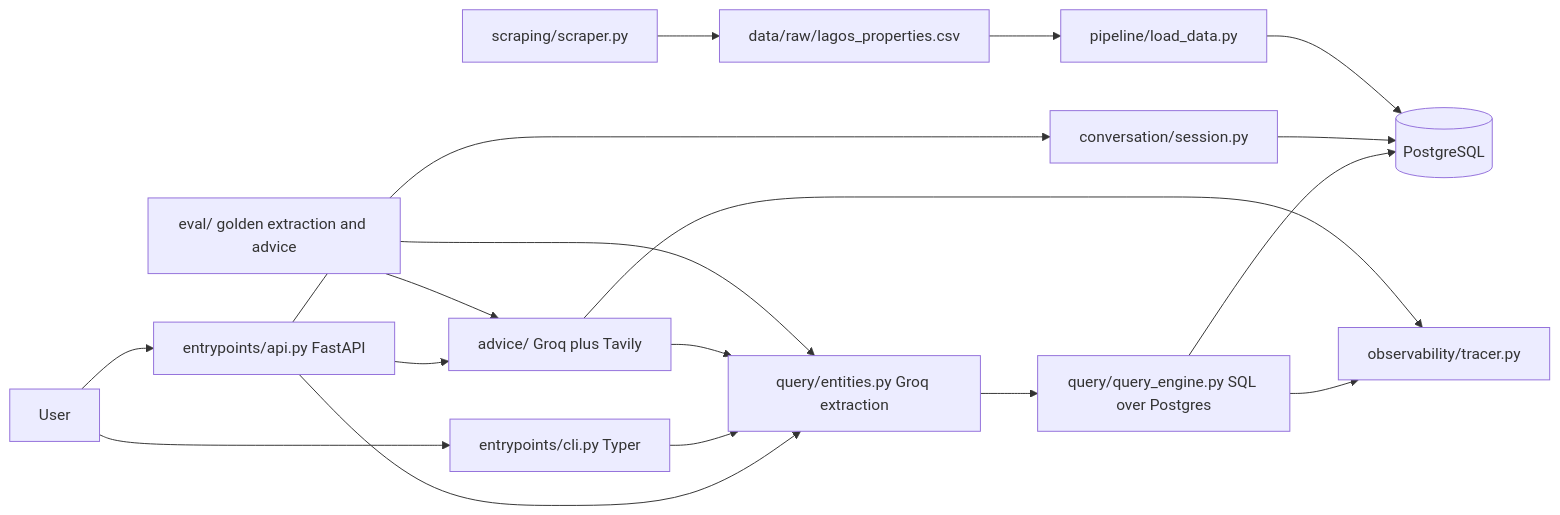
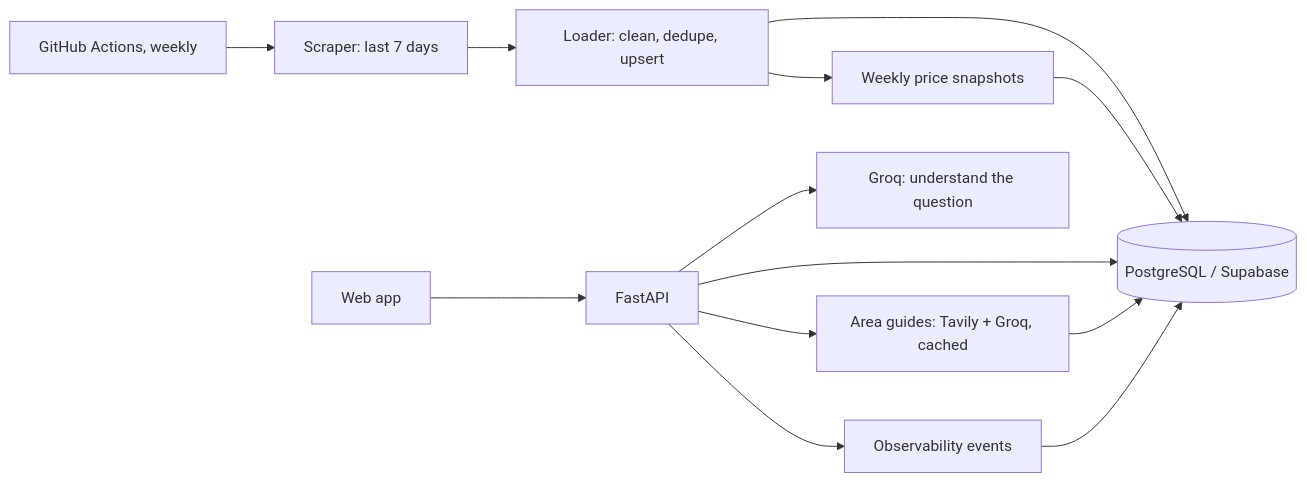
The diagram in README.md (Jaywestty/Lagos-Rent-Predictor), drawn with Mermaid before and after one commit. The commit also changed other lines of this file, not shown here.

````diff
--- a/README.md
+++ b/README.md
@@ -9,20 +20,15 @@
 ```mermaid
 flowchart LR
-    User --> API[entrypoints/api.py FastAPI]
-    User --> CLI[entrypoints/cli.py Typer]
-    API --> Entities[query/entities.py Groq extraction]
-    CLI --> Entities
-    Entities --> Engine[query/query_engine.py SQL over Postgres]
-    Engine --> DB[(PostgreSQL)]
-    API --> Advice[advice/ Groq plus Tavily]
-    Advice --> Entities
-    API --> Session[conversation/session.py]
-    Session --> DB
-    Engine --> Tracer[observability/tracer.py]
-    Advice --> Tracer
-    Scraper[scraping/scraper.py] --> CSV[data/raw/lagos_properties.csv]
-    CSV --> Loader[pipeline/load_data.py]
-    Loader --> DB
-    Eval[eval/ golden extraction and advice] --> Entities
-    Eval --> Advice
+    Cron[GitHub Actions, weekly] --> Scraper[Scraper: last 7 days]
+    Scraper --> Loader[Loader: clean, dedupe, upsert]
+    Loader --> DB[(PostgreSQL / Supabase)]
+    Loader --> Snap[Weekly price snapshots]
+    Snap --> DB
+    User[Web app] --> API[FastAPI]
+    API --> LLM[Groq: understand the question]
+    API --> DB
+    API --> Guides[Area guides: Tavily + Groq, cached]
+    Guides --> DB
+    API --> Obs[Observability events]
+    Obs --> DB
 ```
````
